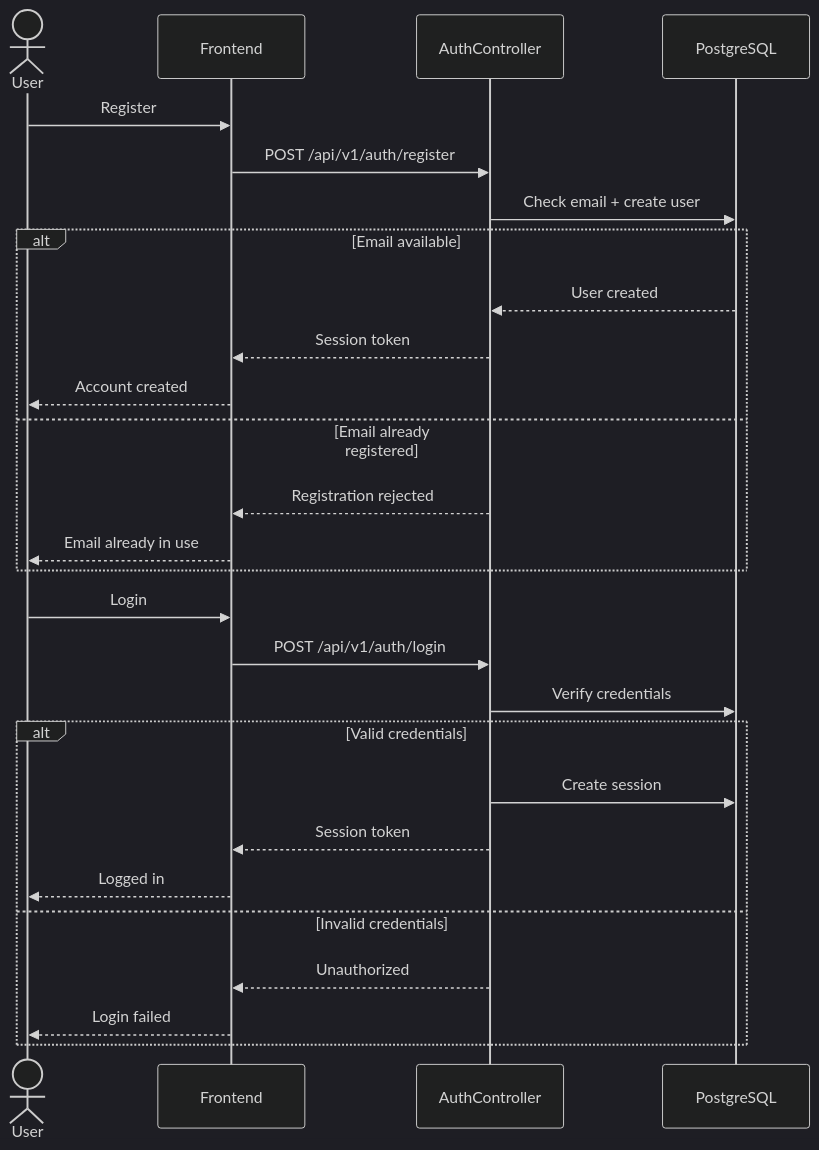
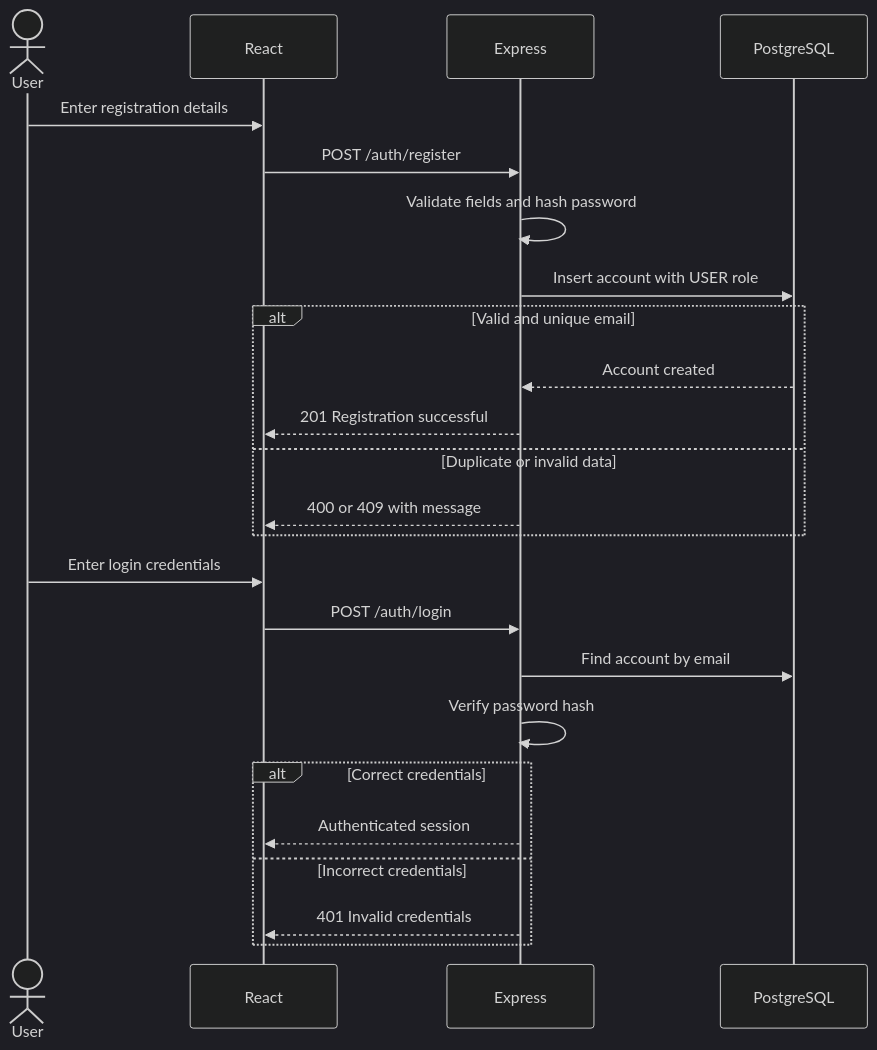
One commit to ghadi0alzhrani0/Mezyad changed the fourth of 8 diagrams in Stage_3/Report.MD. Above: the diagram before and after it, drawn with Mermaid (dark theme). The commit also changed other lines of this file, not shown here.

````diff
--- a/Stage_3/Report.MD
+++ b/Stage_3/Report.MD
@@ -595,29 +323,26 @@
 ```mermaid
 sequenceDiagram
-    actor User
-    participant UI as Frontend
-    participant Auth as AuthController
-    participant DB as PostgreSQL
-    User->>UI: Register
-    UI->>Auth: POST /api/v1/auth/register
-    Auth->>DB: Check email + create user
-    alt Email available
-        DB-->>Auth: User created
-        Auth-->>UI: Session token
-        UI-->>User: Account created
-    else Email already registered
-        Auth-->>UI: Registration rejected
-        UI-->>User: Email already in use
-    end
-    User->>UI: Login
-    UI->>Auth: POST /api/v1/auth/login
-    Auth->>DB: Verify credentials
-    alt Valid credentials
-        Auth->>DB: Create session
-        Auth-->>UI: Session token
-        UI-->>User: Logged in
-    else Invalid credentials
-        Auth-->>UI: Unauthorized
-        UI-->>User: Login failed
-    end
+  actor User
+  participant UI as React
+  participant API as Express
+  participant DB as PostgreSQL
+  User->>UI: Enter registration details
+  UI->>API: POST /auth/register
+  API->>API: Validate fields and hash password
+  API->>DB: Insert account with USER role
+  alt Valid and unique email
+    DB-->>API: Account created
+    API-->>UI: 201 Registration successful
+  else Duplicate or invalid data
+    API-->>UI: 400 or 409 with message
+  end
+  User->>UI: Enter login credentials
+  UI->>API: POST /auth/login
+  API->>DB: Find account by email
+  API->>API: Verify password hash
+  alt Correct credentials
+    API-->>UI: Authenticated session
+  else Incorrect credentials
+    API-->>UI: 401 Invalid credentials
+  end
 ```
````
